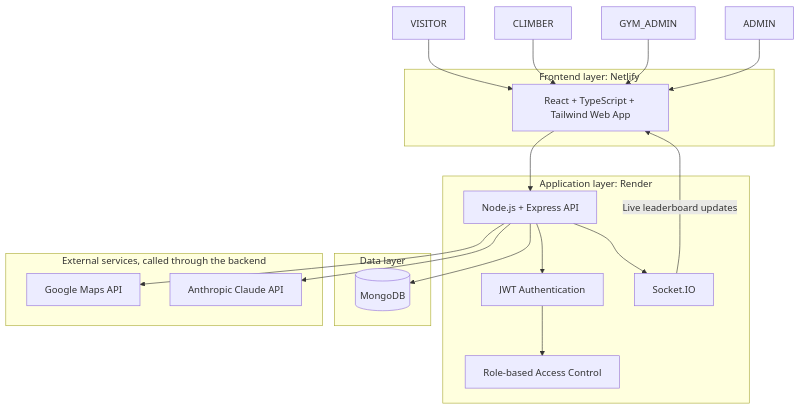
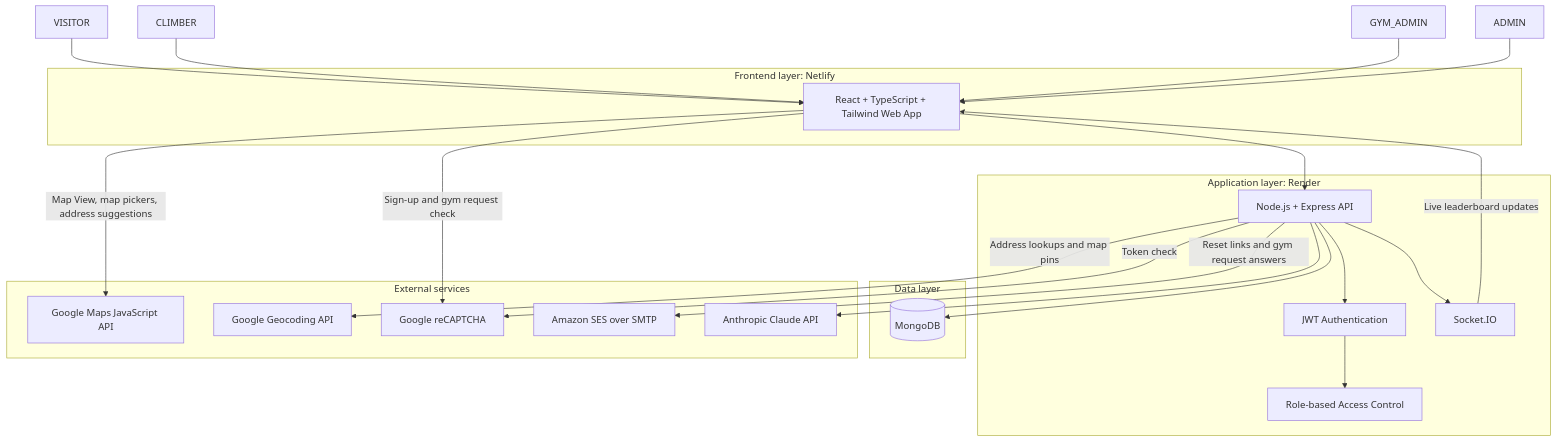
Before and after one commit to COMP313-T3/Software-Project-2: the diagram in specs/specs.md, drawn with Mermaid. The commit also changed other lines of this file and 1 other file, not shown here.

Commit message:
docs(specs): show the browser's map, reCAPTCHA and email in the architecture
The architecture said every external service is called through the backend and left out reCAPTCHA and email. The browser loads the Maps JavaScript API itself, the backend calls the Geocoding API, reCAPTCHA checks sign-up and gym requests, and account emails go out over SMTP through Amazon SES. Socket.IO and the AI Route Assistant's service are noted as coming with Iteration 2.

````diff
--- a/specs/specs.md
+++ b/specs/specs.md
@@ -387,31 +393,38 @@
 ```mermaid
 flowchart TB
     V[VISITOR] --> UI
     C[CLIMBER] --> UI
     GA[GYM_ADMIN] --> UI
     A[ADMIN] --> UI
     subgraph FRONTEND[Frontend layer: Netlify]
         UI[React + TypeScript + Tailwind Web App]
     end
     subgraph APPLICATION[Application layer: Render]
         API[Node.js + Express API]
         AUTH[JWT Authentication]
         RBAC[Role-based Access Control]
         SOCKET[Socket.IO]
     end
     subgraph DATA[Data layer]
         DB[(MongoDB)]
     end
-    subgraph EXTERNAL[External services, called through the backend]
-        MAP[Google Maps API]
+    subgraph EXTERNAL[External services]
+        MAPS[Google Maps JavaScript API]
+        GEO[Google Geocoding API]
+        CAPTCHA[Google reCAPTCHA]
+        MAIL[Amazon SES over SMTP]
         AI[Anthropic Claude API]
     end
     UI --> API
+    UI -->|Map View, map pickers, address suggestions| MAPS
+    UI -->|Sign-up and gym request check| CAPTCHA
     API --> AUTH
     AUTH --> RBAC
     API --> SOCKET
     SOCKET -->|Live leaderboard updates| UI
     API --> DB
-    API --> MAP
+    API -->|Address lookups and map pins| GEO
+    API -->|Token check| CAPTCHA
+    API -->|Reset links and gym request answers| MAIL
     API --> AI
 ```
````
